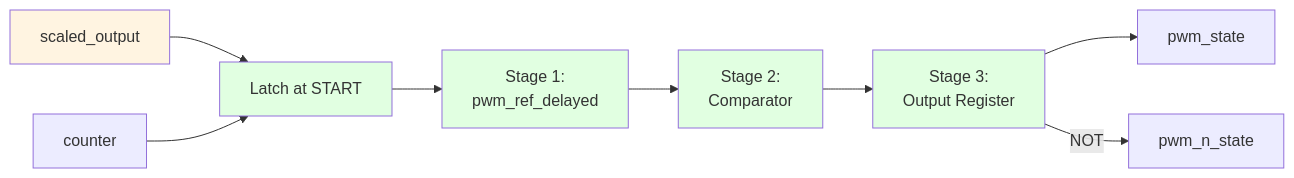
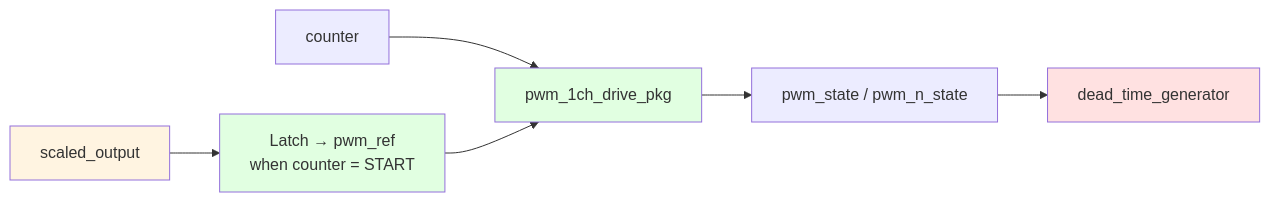
Before and after one commit to ekazakov1507/pwm_demo: the third of 10 diagrams in docs/src/pwm/README.md, drawn with Mermaid. The commit also changed other lines of this file and 4 other files, not shown here.

First line of the commit message:
[DOCS] PWM bipolar mode, pwm_1ch_drive_pkg, dead_time_generator

````diff
--- a/docs/src/pwm/README.md
+++ b/docs/src/pwm/README.md
@@ -162,16 +166,13 @@
 ```mermaid
 graph LR
-    A[scaled_output] --> B[Latch at START]
-    C[counter] --> B
-    B --> D[Stage 1:<br/>pwm_ref_delayed]
-    D --> E[Stage 2:<br/>Comparator]
-    E --> F[Stage 3:<br/>Output Register]
-    F --> G[pwm_state]
-    F -->|NOT| H[pwm_n_state]
+    A[scaled_output] --> B[Latch → pwm_ref<br/>when counter = START]
+    C[counter] --> D[pwm_1ch_drive_pkg]
+    B --> D
+    D --> E[pwm_state / pwm_n_state]
+    E --> F[dead_time_generator]
 
     style A fill:#fff4e1
     style B fill:#e1ffe1
     style D fill:#e1ffe1
-    style E fill:#e1ffe1
-    style F fill:#e1ffe1
+    style F fill:#ffe1e1
 ```
````
